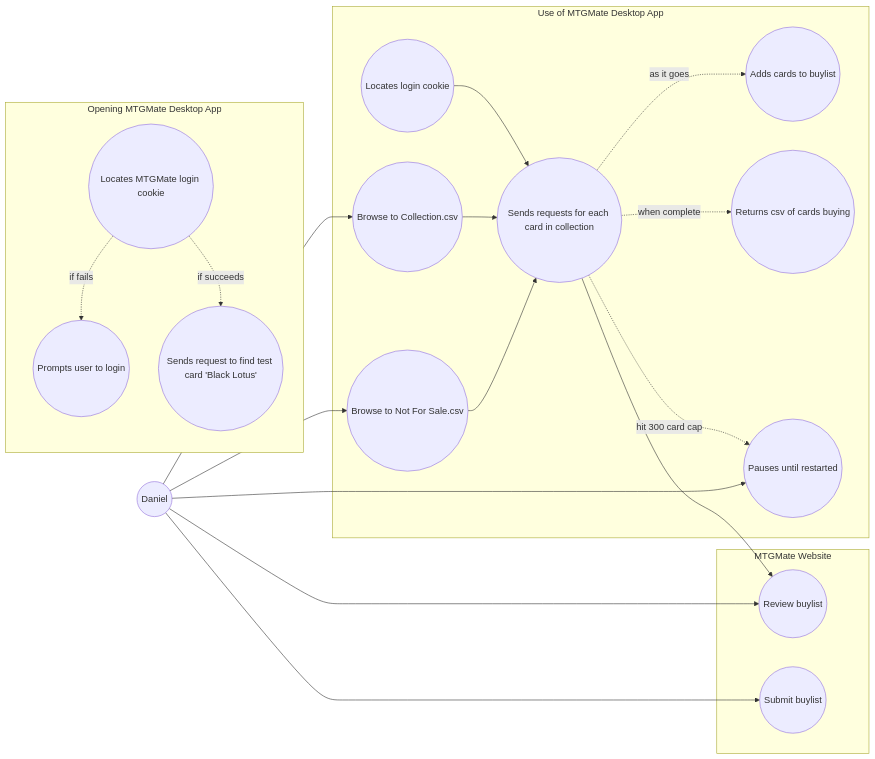
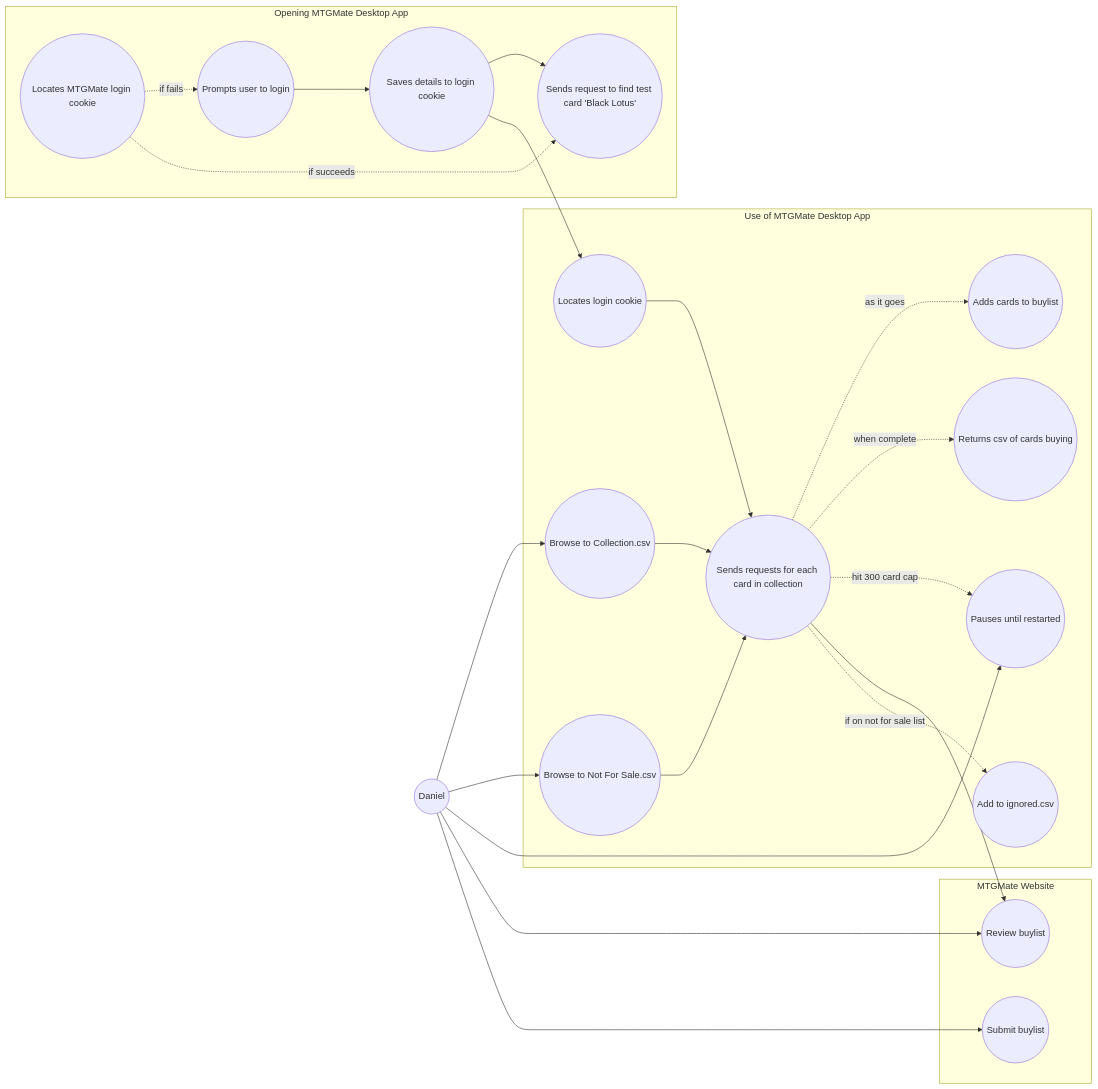
Before and after one commit to brhyeton/MTGMate: the diagram in docs/order of events for main use.md, drawn with Mermaid.

Commit message:
updated use case diagram

````diff
--- a/docs/order of events for main use.md
+++ b/docs/order of events for main use.md
@@ -3,42 +3,48 @@
 ```mermaid
 flowchart LR
     User(("Daniel"))
 
     subgraph Opening MTGMate Desktop App
         UC1(("Locates MTGMate login cookie"))
         UC2(("Prompts user to login"))
+        UC13(("Saves details to login cookie"))
         UC4(("Sends request to find test card 'Black Lotus'"))
     end
 
     subgraph Use of MTGMate Desktop App
         UC3(("Browse to Collection.csv"))
         UC5(("Browse to Not For Sale.csv"))
         UC6(("Locates login cookie"))
         UC7(("Sends requests for each card in collection"))
         UC8(("Adds cards to buylist"))
         UC9(("Returns csv of cards buying"))
         UC10(("Pauses until restarted"))
+        UC14(("Add to ignored.csv"))
     end
 
     subgraph MTGMate Website
         UC11(("Review buylist"))
         UC12(("Submit buylist"))
 
     end
 
     UC1 -.if fails.-> UC2
+    UC2 --> UC13
     UC1 -.if succeeds.-> UC4
+    UC13 --> UC4
     User --> UC3
     User --> UC5
     UC6 --> UC7
     UC3 --> UC7
     UC5 --> UC7
     UC7 -.as it goes.-> UC8
     UC7 -.when complete.-> UC9
     UC7 -.hit 300 card cap.-> UC10
     UC7 --> UC11
     User --> UC10
     User --> UC11
     User --> UC12
+    UC13 --> UC6
+    UC7 -.if on not for sale list.-> UC14
 
 ```
````
